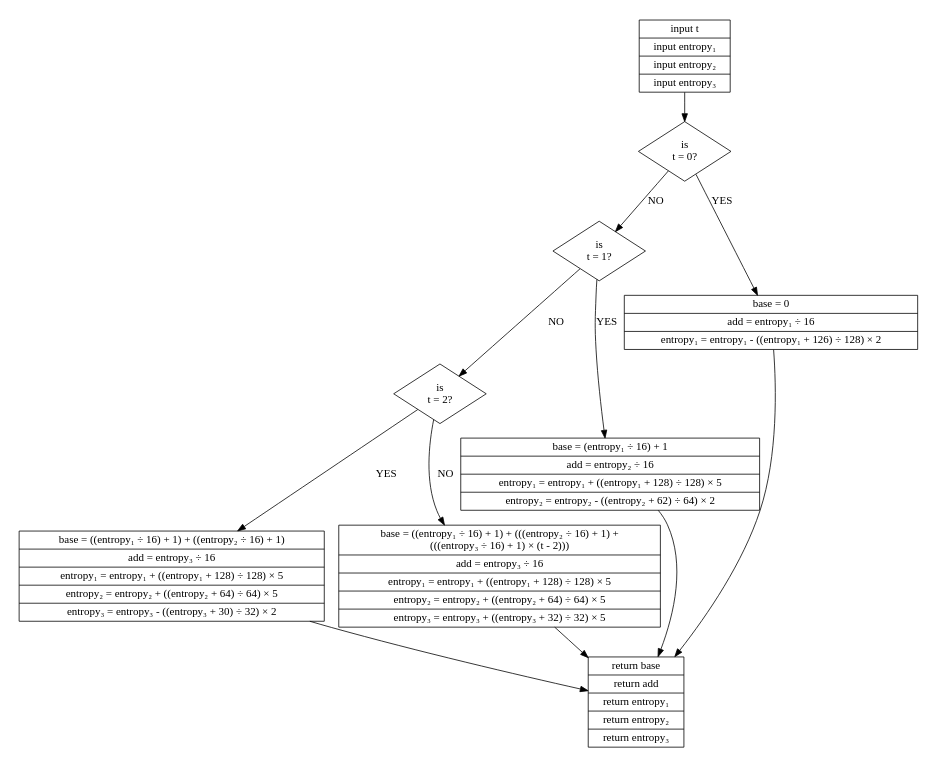
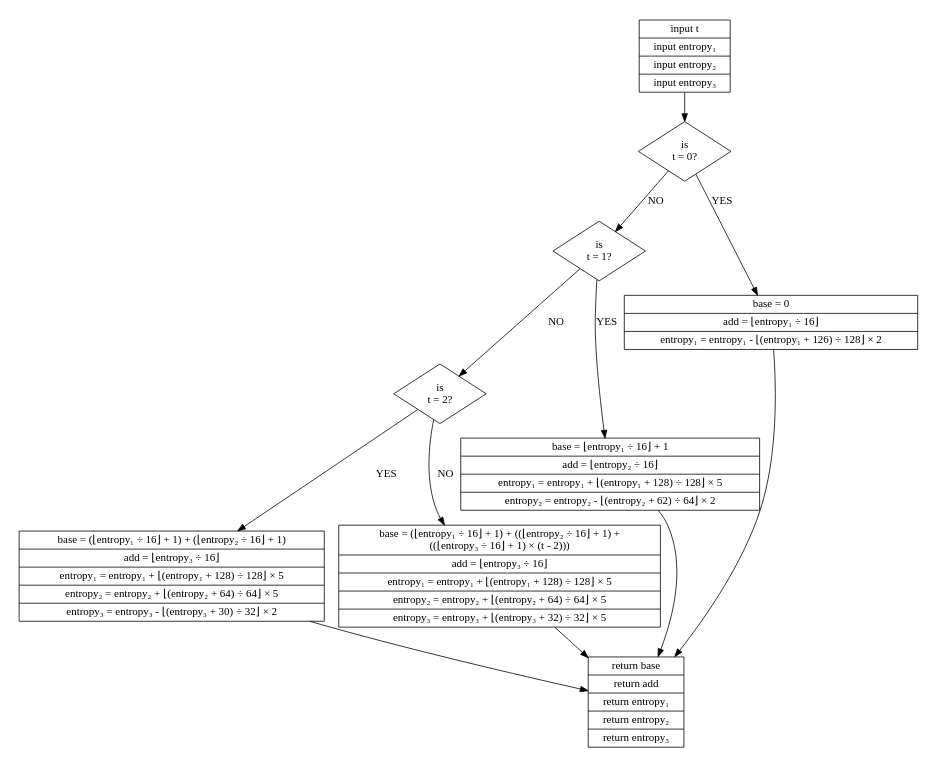
Before and after one commit to tuffy/python-audio-tools: the diagram in docs/reference/figures/wavpack_read_residual2.dot, drawn with Graphviz. The commit also changed 5 other files, not shown here.

```diff
--- a/docs/reference/figures/wavpack_read_residual2.dot
+++ b/docs/reference/figures/wavpack_read_residual2.dot
@@ -1,31 +1,31 @@
 digraph wavpack_residual2 {
   node [fontname="DejaVuSans"];
   edge [fontname="DejaVuSans"];
   size = "6,9";
   margin="0";
   init [shape=record,label="{input t|input entropy₁|input entropy₂|input entropy₃}"];
   done [shape=record,label="{return base|return add|return entropy₁|return entropy₂|return entropy₃}"];
 
   test_t_0 [shape=diamond,label="is\nt = 0?"];
   test_t_1 [shape=diamond,label="is\nt = 1?"];
   test_t_2 [shape=diamond,label="is\nt = 2?"];
 
-  t_0 [shape=record,label="{base = 0|add = entropy₁ ÷ 16|entropy₁ = entropy₁ - ((entropy₁ + 126) ÷ 128) × 2}"];
-  t_1 [shape=record,label="{base = (entropy₁ ÷ 16) + 1|add = entropy₂ ÷ 16|entropy₁ = entropy₁ + ((entropy₁ + 128) ÷ 128) × 5|entropy₂ = entropy₂ - ((entropy₂ + 62) ÷ 64) × 2}"];
-  t_2 [shape=record,label="{base = ((entropy₁ ÷ 16) + 1) + ((entropy₂ ÷ 16) + 1)|add = entropy₃ ÷ 16|entropy₁ = entropy₁ + ((entropy₁ + 128) ÷ 128) × 5|entropy₂ = entropy₂ + ((entropy₂ + 64) ÷ 64) × 5|entropy₃ = entropy₃ - ((entropy₃ + 30) ÷ 32) × 2}"];
+  t_0 [shape=record,label="{base = 0|add = ⌊entropy₁ ÷ 16⌋|entropy₁ = entropy₁ - ⌊(entropy₁ + 126) ÷ 128⌋ × 2}"];
+  t_1 [shape=record,label="{base = ⌊entropy₁ ÷ 16⌋ + 1|add = ⌊entropy₂ ÷ 16⌋|entropy₁ = entropy₁ + ⌊(entropy₁ + 128) ÷ 128⌋ × 5|entropy₂ = entropy₂ - ⌊(entropy₂ + 62) ÷ 64⌋ × 2}"];
+  t_2 [shape=record,label="{base = (⌊entropy₁ ÷ 16⌋ + 1) + (⌊entropy₂ ÷ 16⌋ + 1)|add = ⌊entropy₃ ÷ 16⌋|entropy₁ = entropy₁ + ⌊(entropy₁ + 128) ÷ 128⌋ × 5|entropy₂ = entropy₂ + ⌊(entropy₂ + 64) ÷ 64⌋ × 5|entropy₃ = entropy₃ - ⌊(entropy₃ + 30) ÷ 32⌋ × 2}"];
 
-  t_default [shape=record,label="{base = ((entropy₁ ÷ 16) + 1) + (((entropy₂ ÷ 16) + 1) +\n(((entropy₃ ÷ 16) + 1) × (t - 2)))|add = entropy₃ ÷ 16|entropy₁ = entropy₁ + ((entropy₁ + 128) ÷ 128) × 5|entropy₂ = entropy₂ + ((entropy₂ + 64) ÷ 64) × 5|entropy₃ = entropy₃ + ((entropy₃ + 32) ÷ 32) × 5}"];
+  t_default [shape=record,label="{base = (⌊entropy₁ ÷ 16⌋ + 1) + ((⌊entropy₂ ÷ 16⌋ + 1) +\n((⌊entropy₃ ÷ 16⌋ + 1) × (t - 2)))|add = ⌊entropy₃ ÷ 16⌋|entropy₁ = entropy₁ + ⌊(entropy₁ + 128) ÷ 128⌋ × 5|entropy₂ = entropy₂ + ⌊(entropy₂ + 64) ÷ 64⌋ × 5|entropy₃ = entropy₃ + ⌊(entropy₃ + 32) ÷ 32⌋ × 5}"];
 
   init -> test_t_0;
   test_t_0 -> test_t_1 [label="NO"];
   test_t_1 -> test_t_2 [label="NO"];
   test_t_2 -> t_default [label="NO"];
   test_t_0 -> t_0 [label="YES"];
   test_t_1 -> t_1 [label="YES"];
   test_t_2 -> t_2 [label="YES"];
 
   t_0 -> done;
   t_1 -> done;
   t_2 -> done;
   t_default -> done;
 }
```
